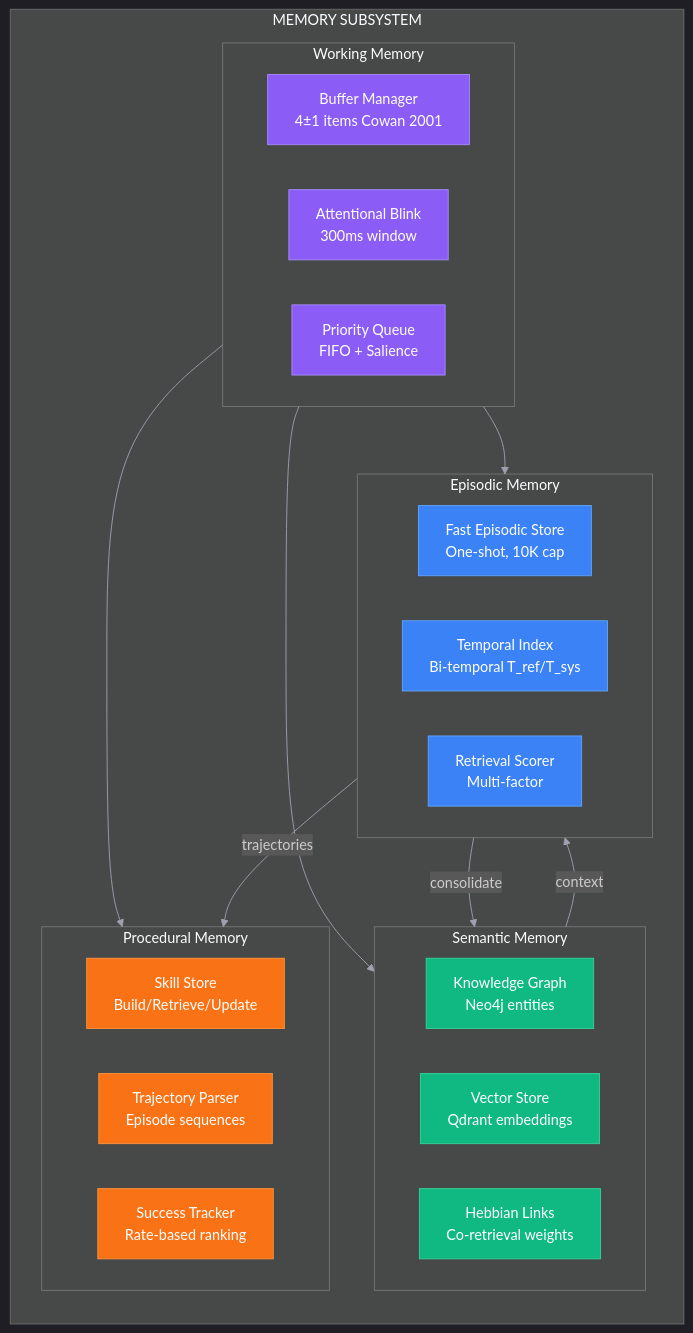
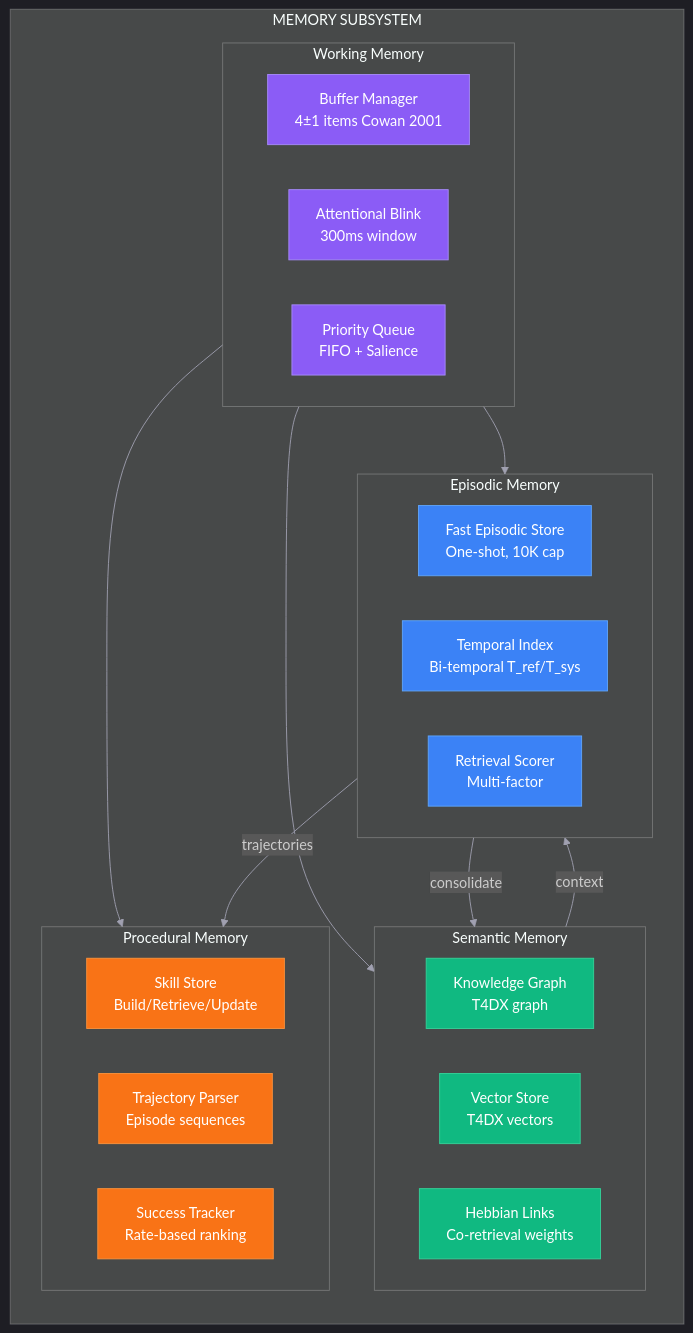
Before and after one commit to astoreyai/t4d: the diagram in docs/diagrams/11_memory_subsystem.mmd, drawn with Mermaid. The commit also changed 394 other files, not shown here.

First line of the commit message:
Bulk rename World Weaver→T4DM across all documentation, diagrams, skills, agents

```diff
--- a/docs/diagrams/11_memory_subsystem.mmd
+++ b/docs/diagrams/11_memory_subsystem.mmd
@@ -1,46 +1,46 @@
 %%{init: {'theme': 'dark', 'themeVariables': { 'primaryColor': '#6366f1', 'primaryTextColor': '#e8e8f0', 'primaryBorderColor': '#818cf8', 'lineColor': '#a0a0b0', 'secondaryColor': '#1e1e2a', 'tertiaryColor': '#2a2a3a'}}}%%
 flowchart TB
     subgraph L1["MEMORY SUBSYSTEM"]
         direction TB
 
         subgraph WM["Working Memory"]
             WM_BUF[Buffer Manager<br/>4±1 items Cowan 2001]
             WM_ATT[Attentional Blink<br/>300ms window]
             WM_PRI[Priority Queue<br/>FIFO + Salience]
         end
 
         subgraph EM["Episodic Memory"]
             EM_FES[Fast Episodic Store<br/>One-shot, 10K cap]
             EM_IDX[Temporal Index<br/>Bi-temporal T_ref/T_sys]
             EM_RET[Retrieval Scorer<br/>Multi-factor]
         end
 
         subgraph SM["Semantic Memory"]
-            SM_KG[Knowledge Graph<br/>Neo4j entities]
-            SM_VEC[Vector Store<br/>Qdrant embeddings]
+            SM_KG[Knowledge Graph<br/>T4DX graph]
+            SM_VEC[Vector Store<br/>T4DX vectors]
             SM_HEB[Hebbian Links<br/>Co-retrieval weights]
         end
 
         subgraph PM["Procedural Memory"]
             PM_SKL[Skill Store<br/>Build/Retrieve/Update]
             PM_TRJ[Trajectory Parser<br/>Episode sequences]
             PM_SUC[Success Tracker<br/>Rate-based ranking]
         end
     end
 
     WM --> EM
     WM --> SM
     WM --> PM
     EM -->|consolidate| SM
     EM -->|trajectories| PM
     SM -->|context| EM
 
     classDef working fill:#8b5cf6,stroke:#a78bfa,color:#fff
     classDef episodic fill:#3b82f6,stroke:#60a5fa,color:#fff
     classDef semantic fill:#10b981,stroke:#34d399,color:#fff
     classDef procedural fill:#f97316,stroke:#fb923c,color:#fff
 
     class WM_BUF,WM_ATT,WM_PRI working
     class EM_FES,EM_IDX,EM_RET episodic
     class SM_KG,SM_VEC,SM_HEB semantic
     class PM_SKL,PM_TRJ,PM_SUC procedural
```
